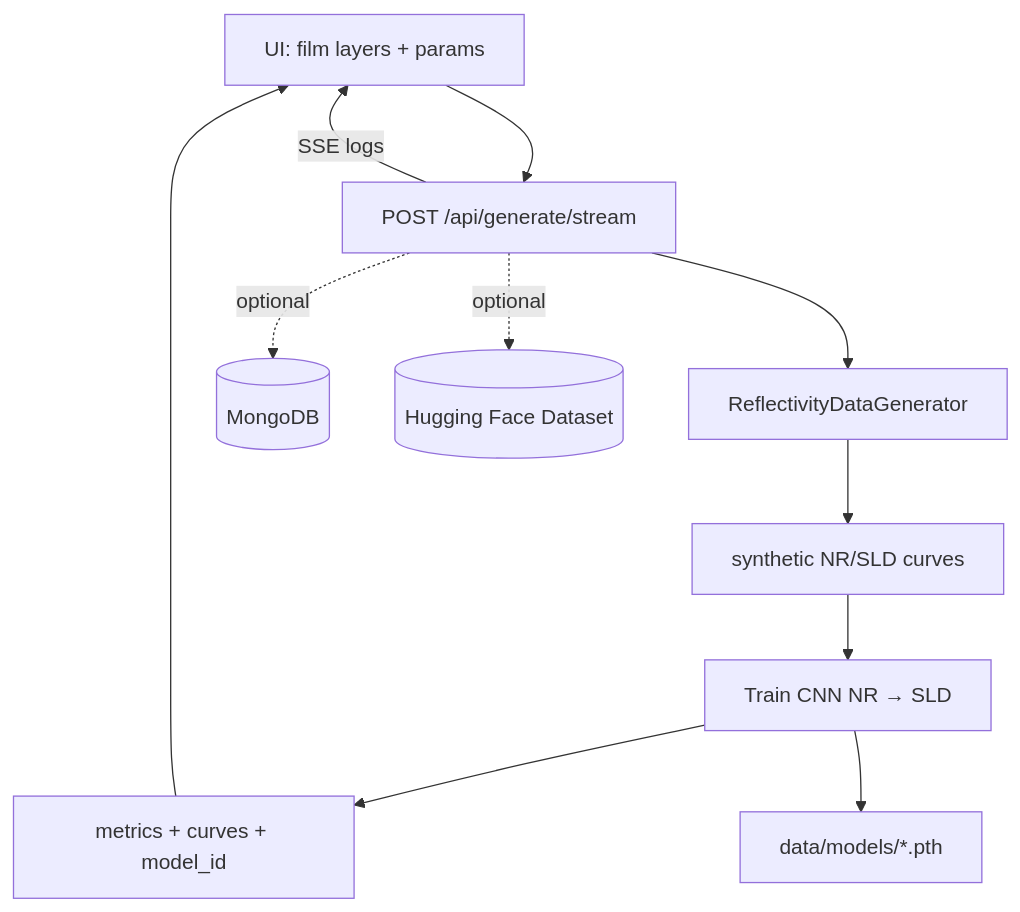
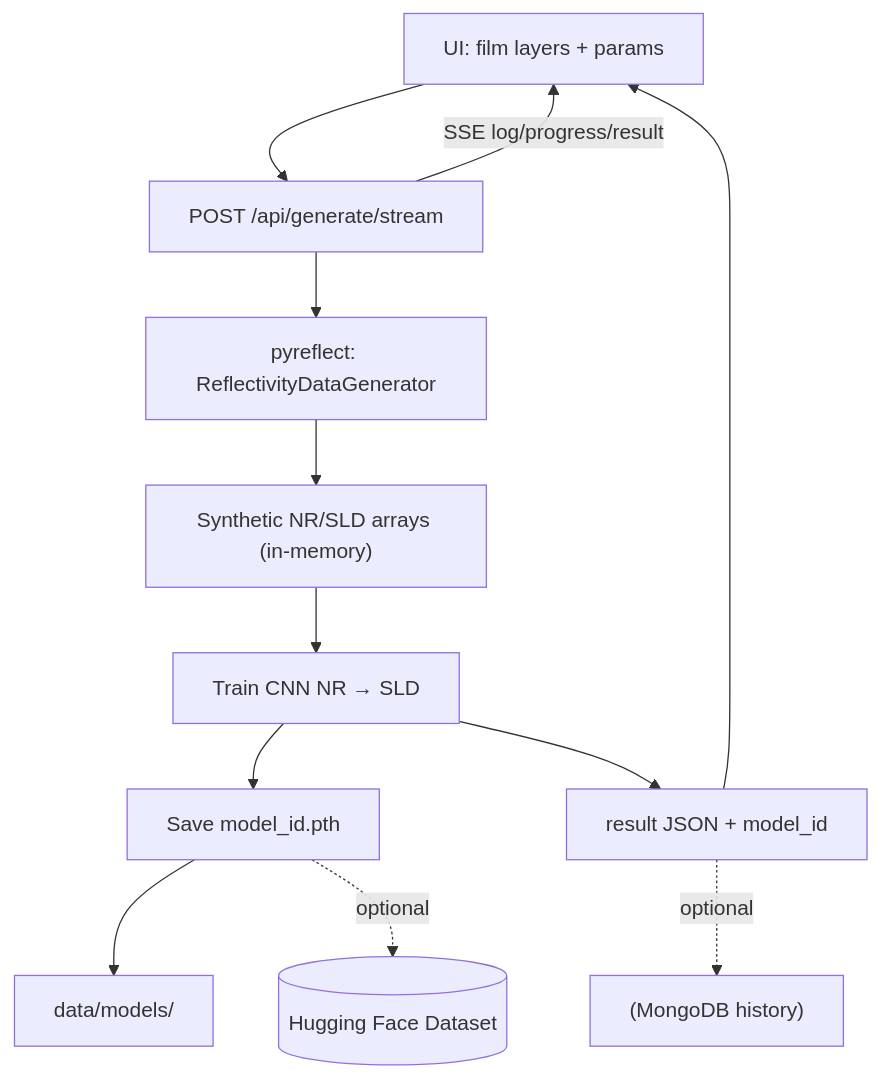
Before and after one commit to Northeastern-Research-ORNL-1/pyreflect-interface: the second of 10 diagrams in README.md, drawn with Mermaid. The commit also changed other lines of this file and 35 other files, not shown here.

````diff
--- a/README.md
+++ b/README.md
@@ -68,13 +63,14 @@
 ```mermaid
 flowchart TD
   UI[UI: film layers + params] --> API[POST /api/generate/stream]
-  API --> GEN[ReflectivityDataGenerator]
-  GEN --> SYN[synthetic NR/SLD curves]
+  API --> GEN[pyreflect: ReflectivityDataGenerator]
+  GEN --> SYN["Synthetic NR/SLD arrays (in-memory)"]
   SYN --> TRAIN[Train CNN NR → SLD]
-  TRAIN --> RESULT[metrics + curves + model_id]
+  TRAIN --> SAVE[Save model_id.pth]
+  SAVE --> FS_MODELS[data/models/]
+  SAVE -. "optional" .-> HF[(Hugging Face Dataset)]
+  TRAIN --> RESULT[result JSON + model_id]
   RESULT --> UI
-  TRAIN --> FS_MODELS[data/models/*.pth]
-  API -. "optional" .-> DB[(MongoDB)]
-  API -. "optional" .-> HF[(Hugging Face Dataset)]
-  API -- "SSE logs" --> UI
+  RESULT -. "optional" .-> DB["(MongoDB history)"]
+  API -- "SSE log/progress/result" --> UI
 ```
````
